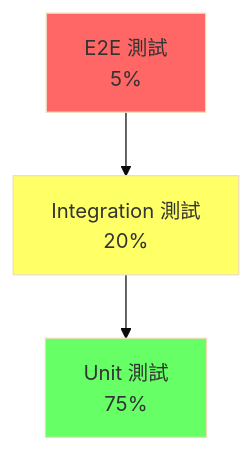
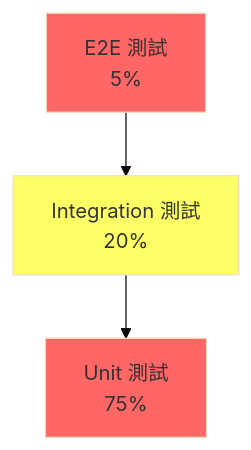
The fifth of 5 diagrams in book/chapter-11.md (ponian/aiebok), drawn with Mermaid (base theme) before and after one commit. The commit also changed other lines of this file and 8 other files, not shown here.

Commit message:
docs(book): 為 Ch02-Ch11 所有 Mermaid 圖表加入詳細中文解說（16 處）

````diff
--- a/book/chapter-11.md
+++ b/book/chapter-11.md
@@ -576,9 +656,9 @@
 ```mermaid
 graph TB
     A[E2E 測試<br/>5%] --> B[Integration 測試<br/>20%]
     B --> C[Unit 測試<br/>75%]
     
     style A fill:#f66
     style B fill:#ff6
-    style C fill:#6f6
+    style C fill:#f66
 ```
````
